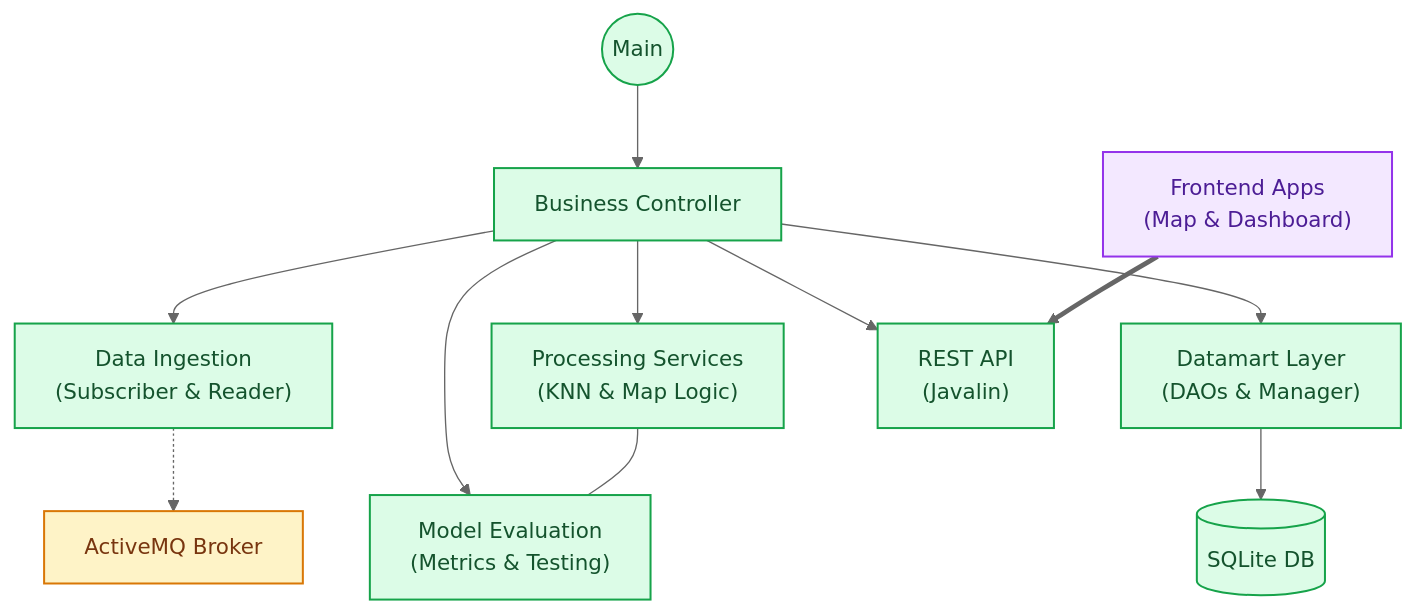
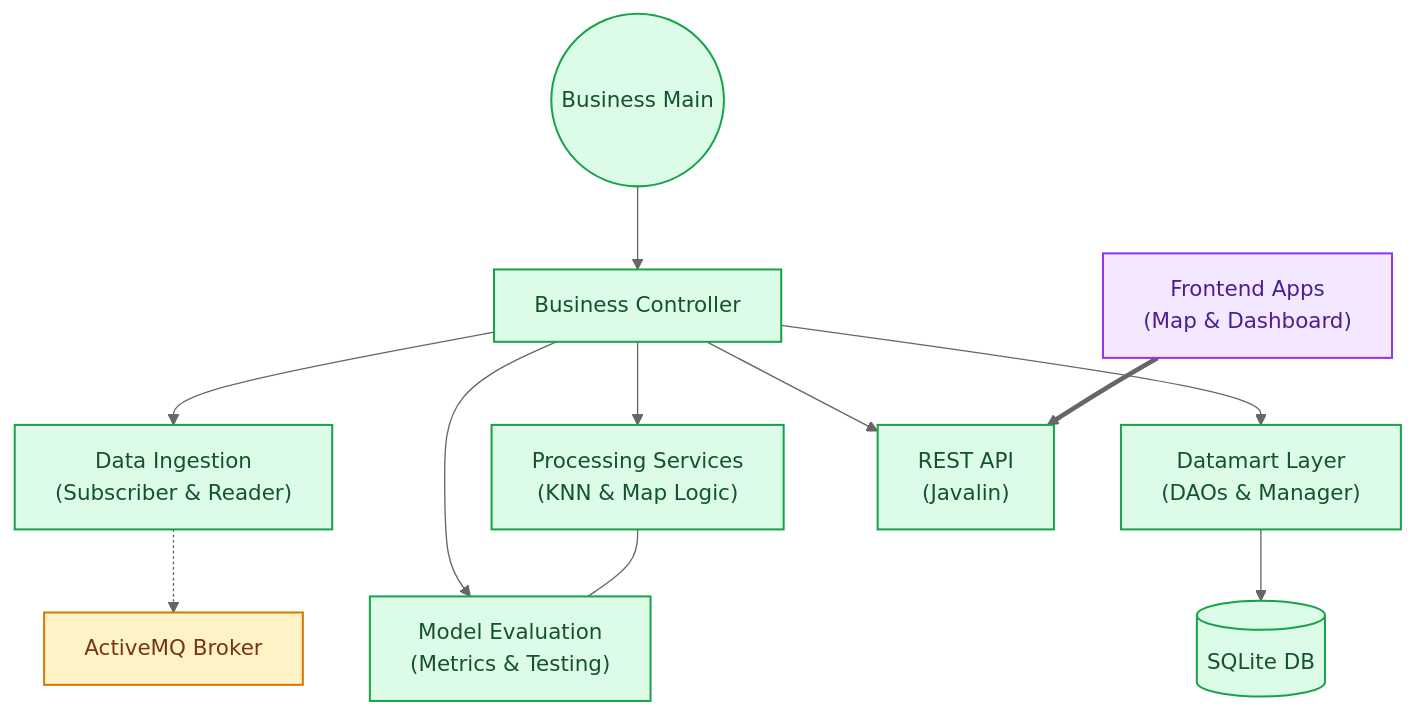
The fifth of 5 diagrams in README.md (NoVibesJustCode/sky-delay-forecast), drawn with Mermaid (neutral theme) before and after one commit. The commit also changed other lines of this file, not shown here.

````diff
--- a/README.md
+++ b/README.md
@@ -407,44 +429,44 @@
- ```mermaid
+```mermaid
 flowchart TD
   %% Nodes
-  Main(("Main")):::toneGreen
+  Main(("Business Main")):::toneGreen
   Ctrl["Business Controller"]:::toneGreen
   
   In["Data Ingestion<br/>(Subscriber & Reader)"]:::toneGreen
   Logic["Processing Services<br/>(KNN & Map Logic)"]:::toneGreen
   Storage["Datamart Layer<br/>(DAOs & Manager)"]:::toneGreen
   Eval["Model Evaluation<br/>(Metrics & Testing)"]:::toneGreen
   
   API["REST API<br/>(Javalin)"]:::toneGreen
   
   %% External/Frontend
   Broker["ActiveMQ Broker"]:::toneAmber
   DB[("SQLite DB")]:::toneGreen
   UI["Frontend Apps<br/>(Map & Dashboard)"]:::tonePurple
 
   %% Connections
   Main --> Ctrl
   
   %% The Controller orchestrates the 4 pillars
   Ctrl --> In
   Ctrl --> Logic
   Ctrl --> Storage
   Ctrl --> Eval
   Ctrl --> API
   
   %% Data Dependencies
   In -.-> Broker
   Storage --> DB
   Logic --- Eval
   UI ==> API
 
   %% Links for the main components
   click Main "https://github.com/novibesjustcode/sky-delay-forecast/blob/dev/business-unit/src/main/java/es/ulpgc/dacd/skydelay/business/Main.java"
   click Ctrl "https://github.com/novibesjustcode/sky-delay-forecast/blob/dev/business-unit/src/main/java/es/ulpgc/dacd/skydelay/business/Controller.java"
   click API "https://github.com/novibesjustcode/sky-delay-forecast/blob/dev/business-unit/src/main/java/es/ulpgc/dacd/skydelay/business/RestInterface.java"
 
   %% Styles
   classDef toneGreen fill:#dcfce7,stroke:#16a34a,stroke-width:1.5px,color:#14532d
   classDef toneAmber fill:#fef3c7,stroke:#d97706,stroke-width:1.5px,color:#78350f
   classDef tonePurple fill:#f3e8ff,stroke:#9333ea,stroke-width:1.5px,color:#4c1d95
 ```
````
